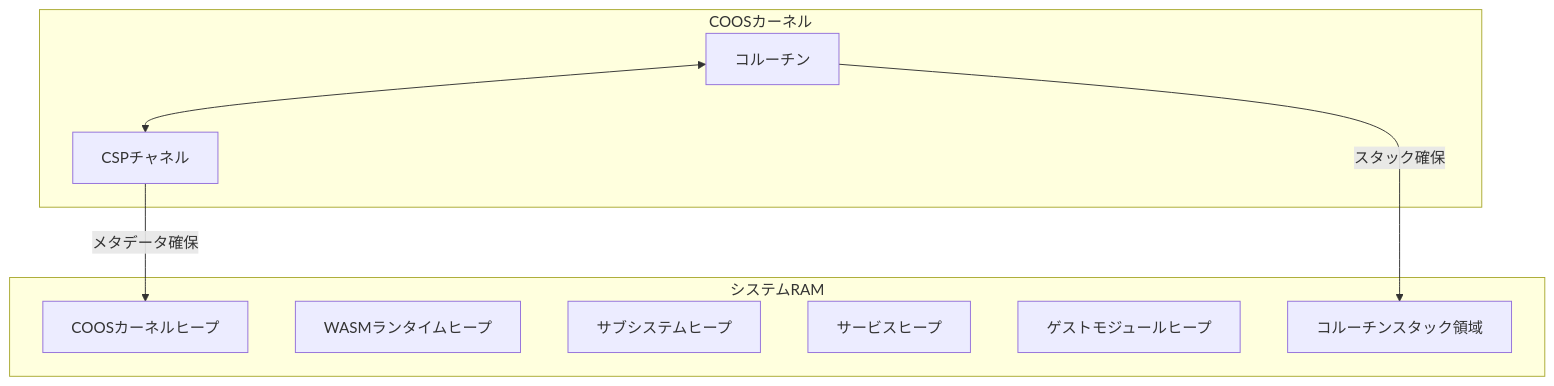
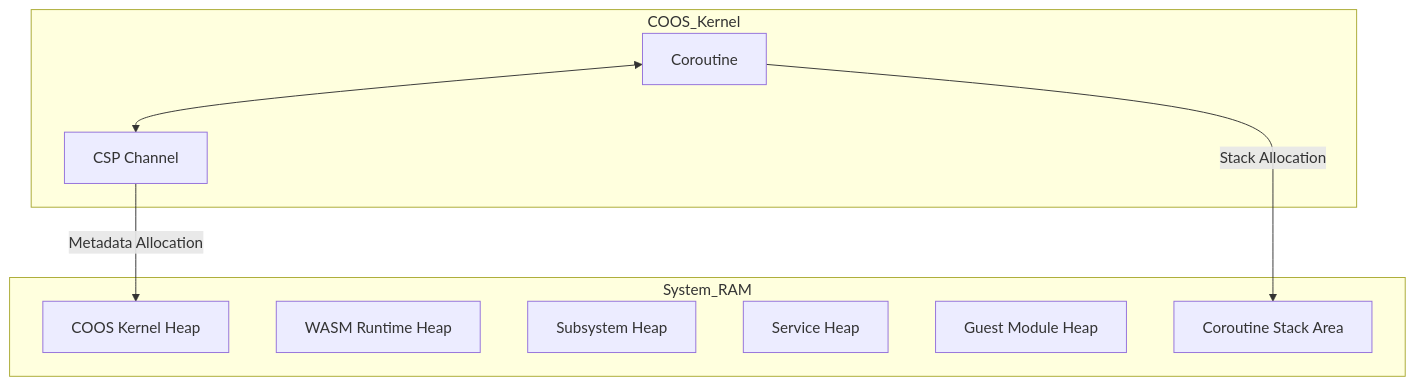
One commit to kmt-t/fireball changed the diagram in docs/order/architecture/overview.md. Above: the diagram before and after it, drawn with Mermaid. The commit also changed 1 other file, not shown here.

````diff
--- a/docs/order/architecture/overview.md
+++ b/docs/order/architecture/overview.md
@@ -81,20 +81,20 @@
 ```mermaid
 graph TD
-    subgraph "システムRAM"
-        A[COOSカーネルヒープ]
-        B[WASMランタイムヒープ]
-        C[サブシステムヒープ]
-        D[サービスヒープ]
-        E[ゲストモジュールヒープ]
-        F[コルーチンスタック領域]
+    subgraph System_RAM
+        A[COOS Kernel Heap]
+        B[WASM Runtime Heap]
+        C[Subsystem Heap]
+        D[Service Heap]
+        E[Guest Module Heap]
+        F[Coroutine Stack Area]
     end
 
-    subgraph "COOSカーネル"
-        G[コルーチン]
-        H[CSPチャネル]
+    subgraph COOS_Kernel
+        G[Coroutine]
+        H[CSP Channel]
     end
 
-    G -- スタック確保 --> F
-    H -- メタデータ確保 --> A
+    G -- Stack Allocation --> F
+    H -- Metadata Allocation --> A
     G <--> H
 ```
````
